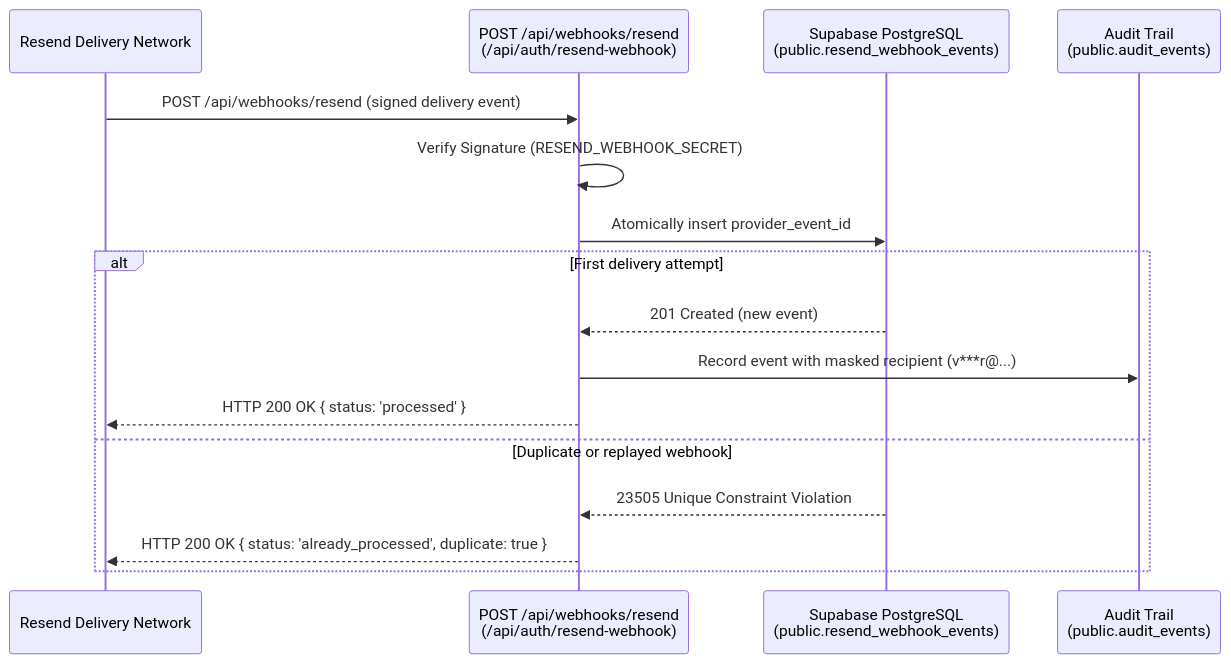
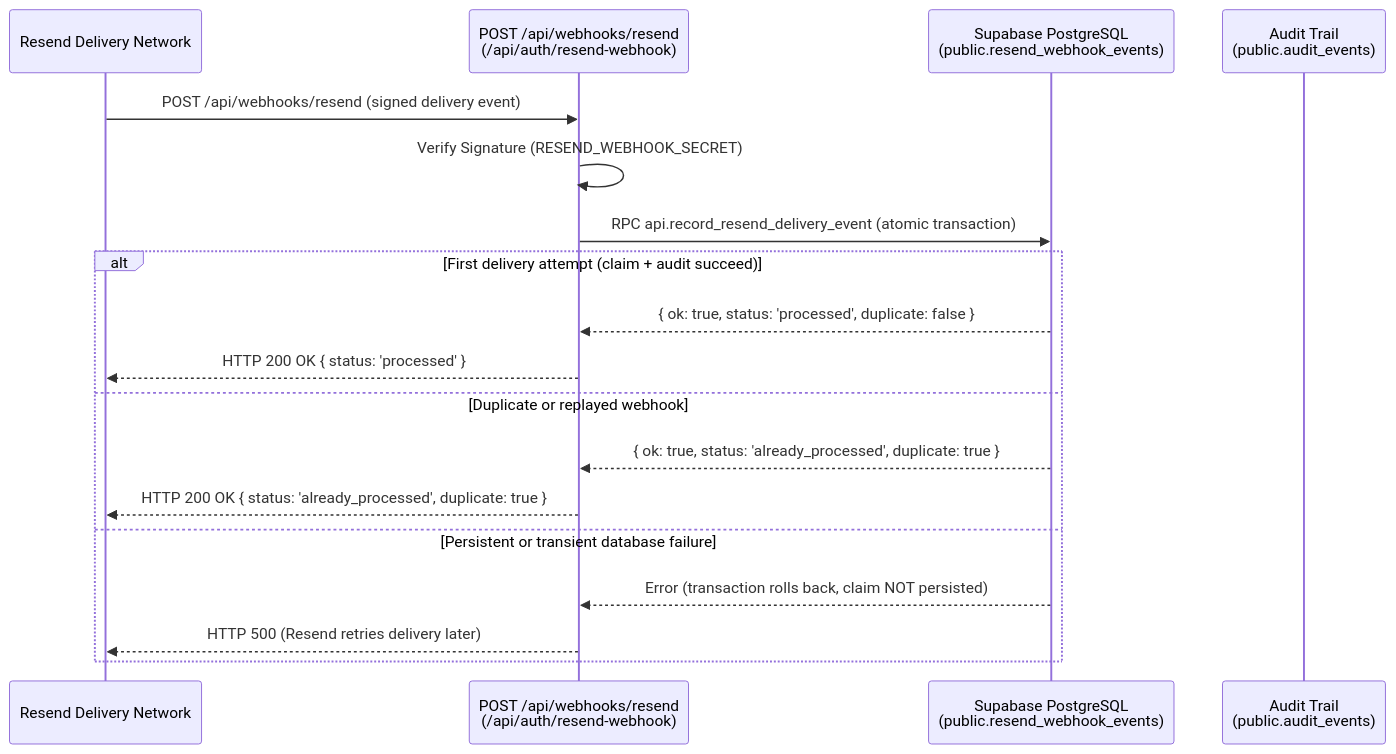
Before and after one commit to jsphhbna/egatepass: the eighth of 10 diagrams in README.md, drawn with Mermaid. The commit also changed 14 other files, not shown here.

````diff
--- a/README.md
+++ b/README.md
@@ -275,19 +275,21 @@
 ```mermaid
 sequenceDiagram
     participant Resend as Resend Delivery Network
     participant API as POST /api/webhooks/resend<br/>(/api/auth/resend-webhook)
     participant DB as Supabase PostgreSQL<br/>(public.resend_webhook_events)
     participant Audit as Audit Trail<br/>(public.audit_events)
 
     Resend->>API: POST /api/webhooks/resend (signed delivery event)
     API->>API: Verify Signature (RESEND_WEBHOOK_SECRET)
-    API->>DB: Atomically insert provider_event_id
-    alt First delivery attempt
-        DB-->>API: 201 Created (new event)
-        API->>Audit: Record event with masked recipient (v***r@...)
+    API->>DB: RPC api.record_resend_delivery_event (atomic transaction)
+    alt First delivery attempt (claim + audit succeed)
+        DB-->>API: { ok: true, status: 'processed', duplicate: false }
         API-->>Resend: HTTP 200 OK { status: 'processed' }
     else Duplicate or replayed webhook
-        DB-->>API: 23505 Unique Constraint Violation
+        DB-->>API: { ok: true, status: 'already_processed', duplicate: true }
         API-->>Resend: HTTP 200 OK { status: 'already_processed', duplicate: true }
+    else Persistent or transient database failure
+        DB-->>API: Error (transaction rolls back, claim NOT persisted)
+        API-->>Resend: HTTP 500 (Resend retries delivery later)
     end
 ```
````
